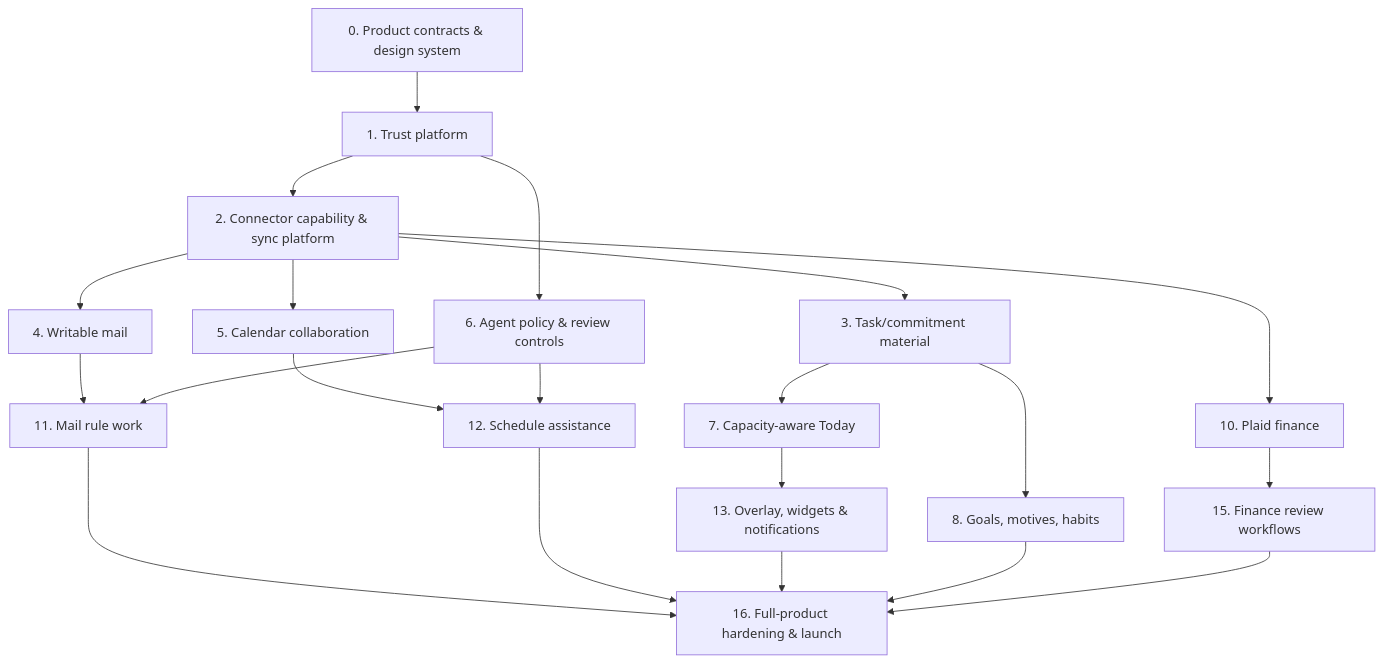
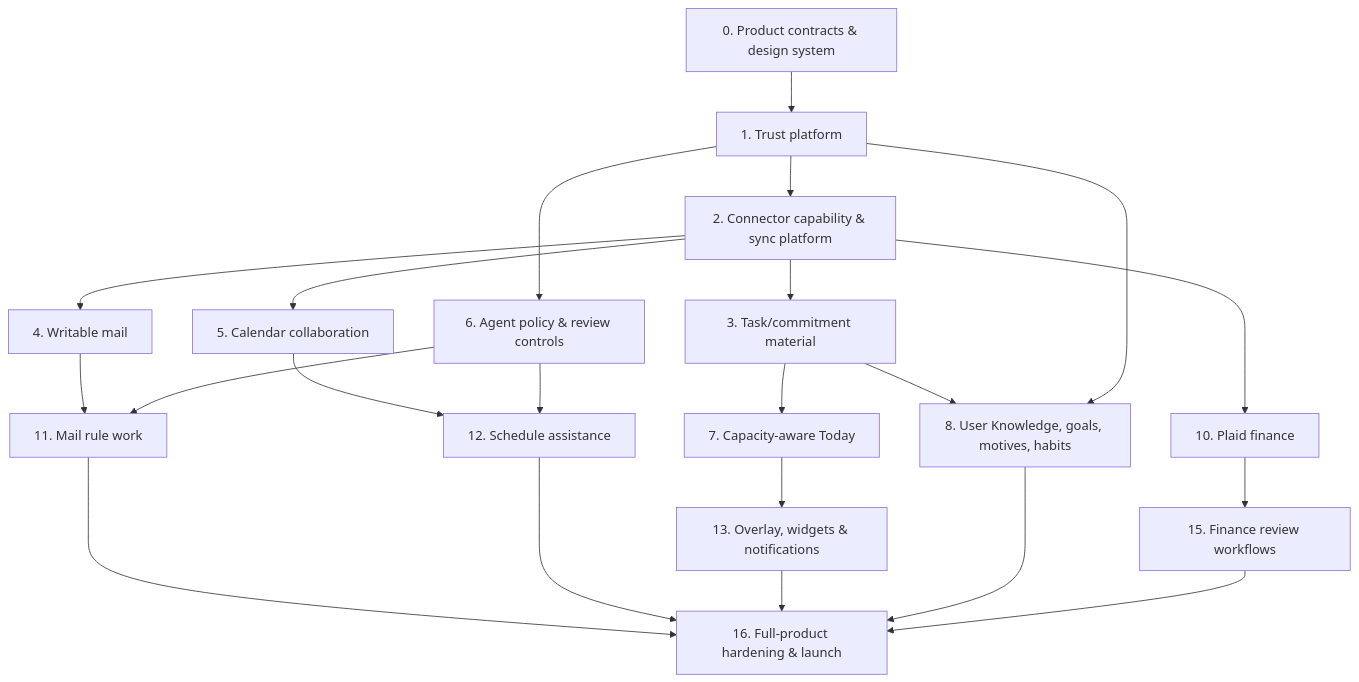
One commit to coopersully/personal-os changed the diagram in docs/product/master-plan.md. Above: the diagram before and after it, drawn with Mermaid. The commit also changed other lines of this file and 54 other files, not shown here.

Commit message:
Document nohmi product vision and user knowledge

````diff
--- a/docs/product/master-plan.md
+++ b/docs/product/master-plan.md
@@ -31,23 +35,24 @@
 ```mermaid
 flowchart TD
   A[0. Product contracts & design system] --> B[1. Trust platform]
   B --> C[2. Connector capability & sync platform]
   C --> D[3. Task/commitment material]
   C --> E[4. Writable mail]
   C --> F[5. Calendar collaboration]
   B --> G[6. Agent policy & review controls]
   D --> H[7. Capacity-aware Today]
-  D --> I[8. Goals, motives, habits]
+  D --> I[8. User Knowledge, goals, motives, habits]
+  B --> I
   C --> K[10. Plaid finance]
   E --> L[11. Mail rule work]
   F --> M[12. Schedule assistance]
   G --> L
   G --> M
   H --> N[13. Overlay, widgets & notifications]
   K --> P[15. Finance review workflows]
   L --> Q[16. Full-product hardening & launch]
   M --> Q
   N --> Q
   I --> Q
   P --> Q
 ```
````
